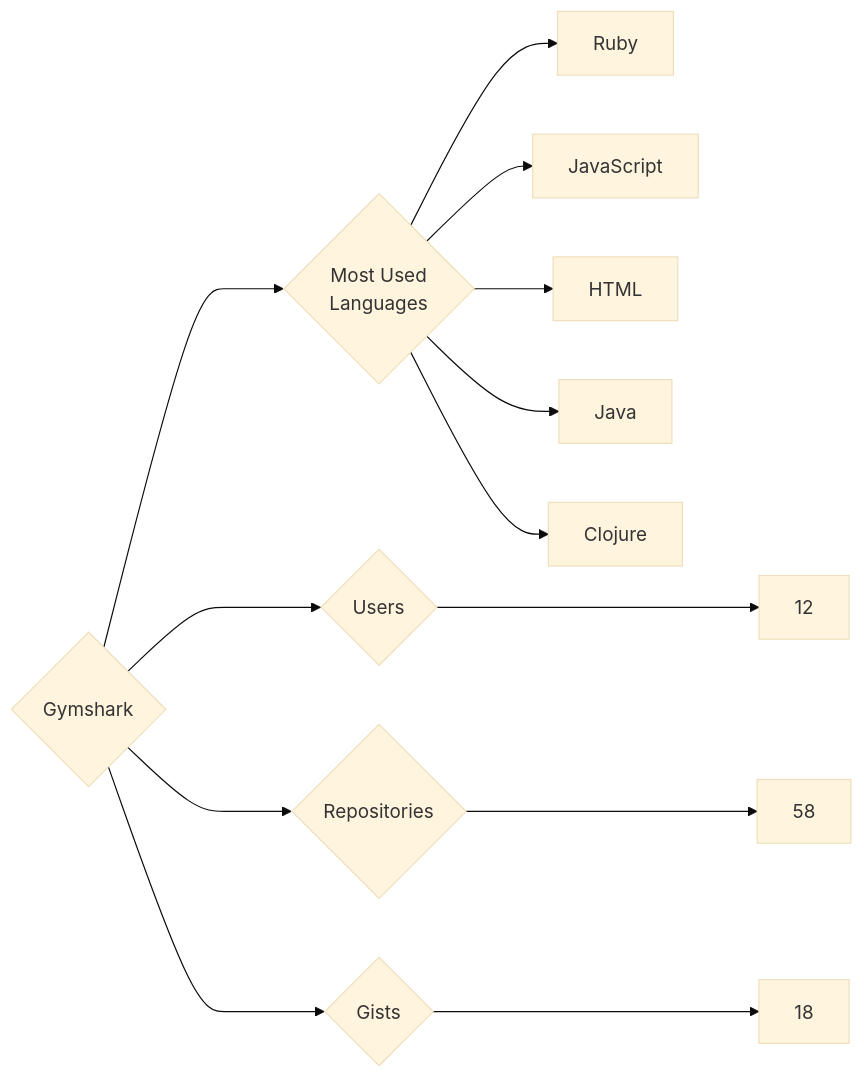
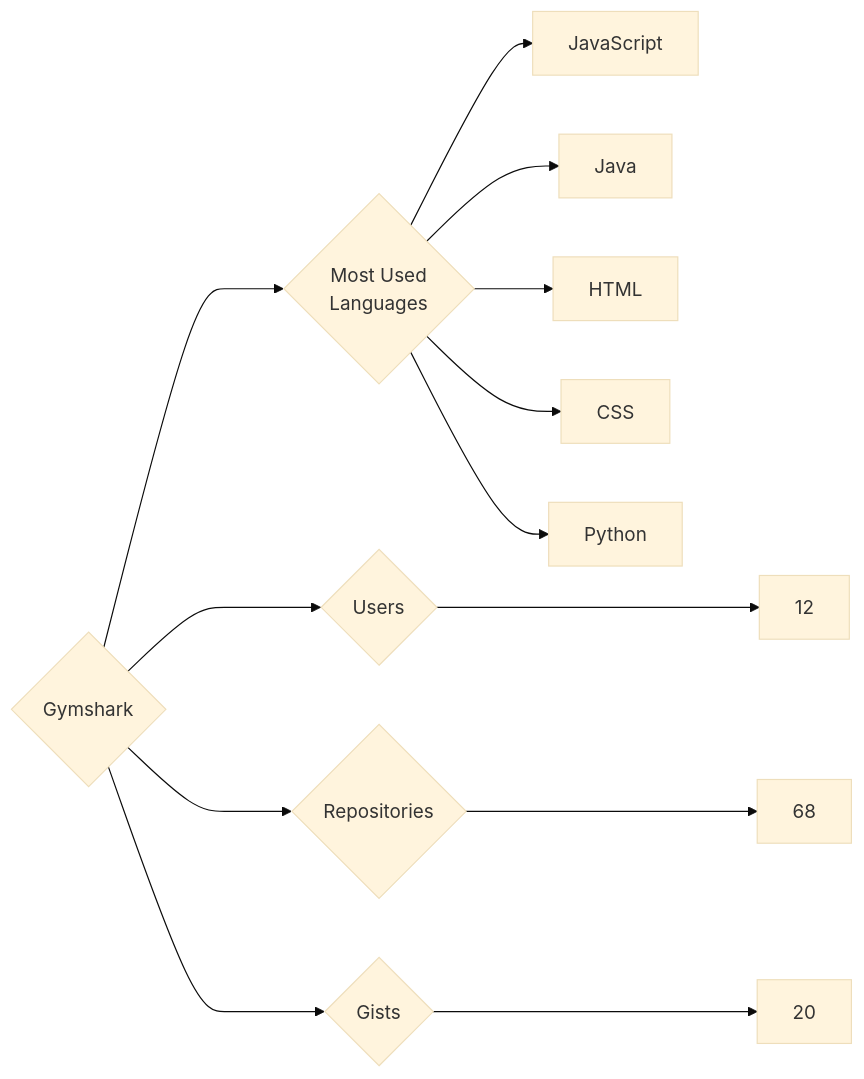
One commit to trickest/insiders changed the diagram in targets/Gymshark/README.md. Above: the diagram before and after it, drawn with Mermaid (base theme). The commit also changed 1238 other files, not shown here.

````diff
--- a/targets/Gymshark/README.md
+++ b/targets/Gymshark/README.md
@@ -3,13 +3,13 @@
 ```mermaid
 graph LR
 COMPANY_NAME{Gymshark}
 COMPANY_NAME ---> U{Users} ---> UN[12]
-COMPANY_NAME ---> R{Repositories} ---> RN[58]
-COMPANY_NAME ---> G{Gists} ---> GN[18]
+COMPANY_NAME ---> R{Repositories} ---> RN[68]
+COMPANY_NAME ---> G{Gists} ---> GN[20]
 COMPANY_NAME ---> ML{Most Used<br>Languages}
-ML --> Ruby[Ruby]
 ML --> JavaScript[JavaScript]
+ML --> Java[Java]
 ML --> HTML[HTML]
-ML --> Java[Java]
-ML --> Clojure[Clojure]
+ML --> CSS[CSS]
+ML --> Python[Python]
 ```
````
